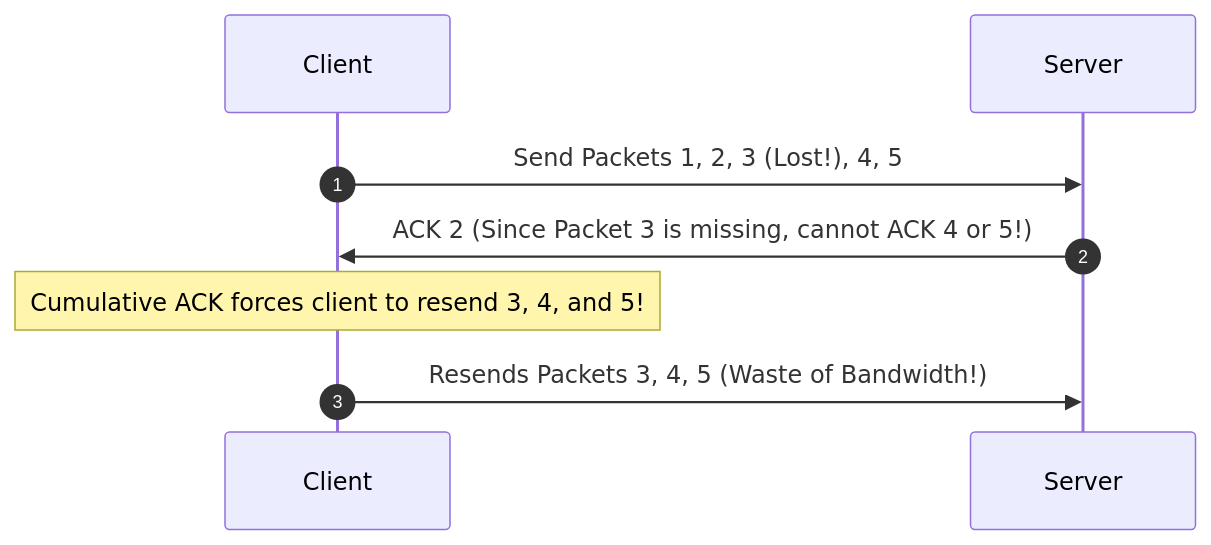
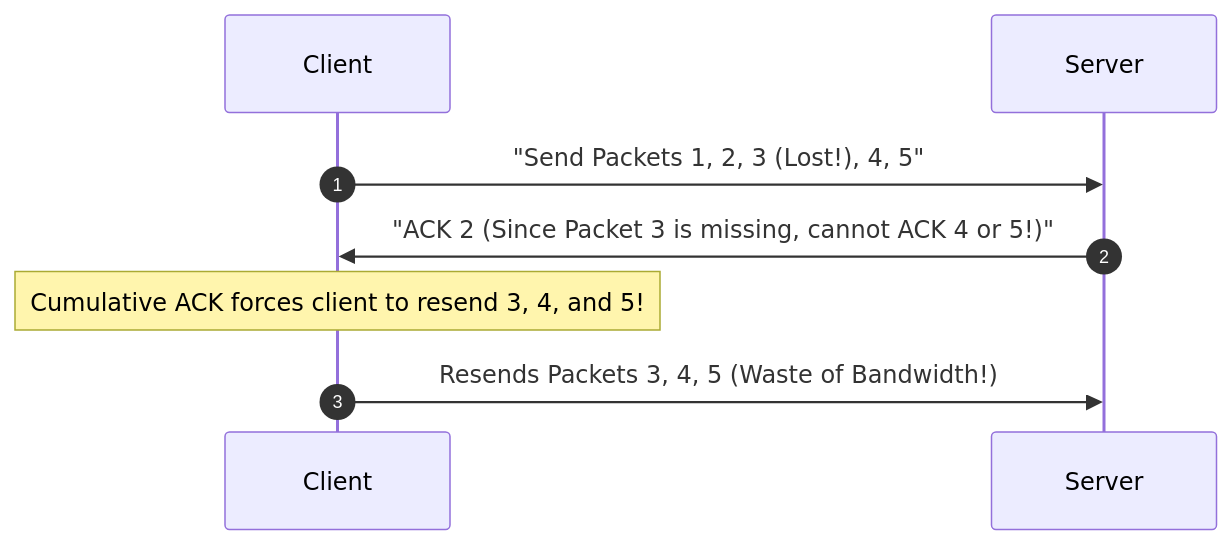
Before and after one commit to awoladhossain/awolad-docs: diagram 36 of 41 in content/networking.md, drawn with Mermaid. The commit also changed other lines of this file, not shown here.

Commit message:
fix: sanitize all sequence diagrams in networking.md by escaping special characters and declaring participants to avoid browser rendering errors

````diff
--- a/content/networking.md
+++ b/content/networking.md
@@ -1223,8 +1228,8 @@
 ```mermaid
 sequenceDiagram
     autonumber
-    Client->>Server: Send Packets 1, 2, 3 (Lost!), 4, 5
-    Server->>Client: ACK 2 (Since Packet 3 is missing, cannot ACK 4 or 5!)
+    Client->>Server: "Send Packets 1, 2, 3 (Lost!), 4, 5"
+    Server->>Client: "ACK 2 (Since Packet 3 is missing, cannot ACK 4 or 5!)"
     Note over Client: Cumulative ACK forces client to resend 3, 4, and 5!
     Client->>Server: Resends Packets 3, 4, 5 (Waste of Bandwidth!)
 ```
````
